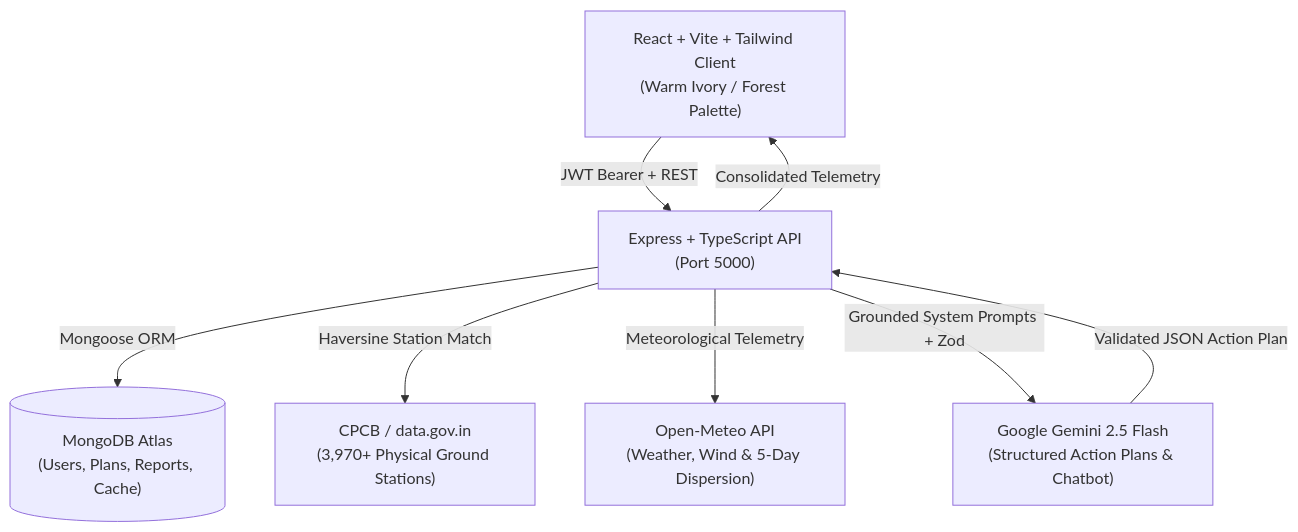
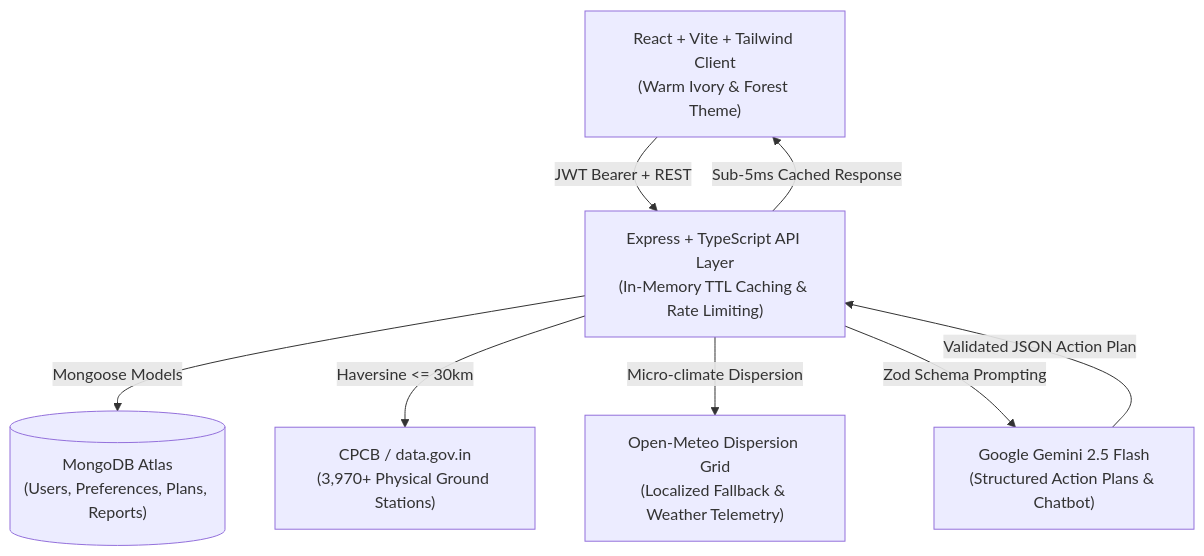
The diagram in README.md (raghavendra-kumar04/BreathWise), drawn with Mermaid before and after one commit. The commit also changed other lines of this file and 18 other files, not shown here.

Commit message:
feat: add persona risk intelligence, automated tests, TTL cache, and competition README

````diff
--- a/README.md
+++ b/README.md
@@ -25,17 +46,17 @@
 ```mermaid
 flowchart TD
-    Client["React + Vite + Tailwind Client\n(Warm Ivory / Forest Palette)"]
-    API["Express + TypeScript API\n(Port 5000)"]
-    DB[("MongoDB Atlas\n(Users, Plans, Reports, Cache)")]
+    Client["React + Vite + Tailwind Client\n(Warm Ivory & Forest Theme)"]
+    API["Express + TypeScript API Layer\n(In-Memory TTL Caching & Rate Limiting)"]
+    DB[("MongoDB Atlas\n(Users, Preferences, Plans, Reports)")]
     CPCB["CPCB / data.gov.in\n(3,970+ Physical Ground Stations)"]
-    Meteo["Open-Meteo API\n(Weather, Wind & 5-Day Dispersion)"]
+    Meteo["Open-Meteo Dispersion Grid\n(Localized Fallback & Weather Telemetry)"]
     Gemini["Google Gemini 2.5 Flash\n(Structured Action Plans & Chatbot)"]
 
     Client -->|JWT Bearer + REST| API
-    API -->|Mongoose ORM| DB
-    API -->|Haversine Station Match| CPCB
-    API -->|Meteorological Telemetry| Meteo
-    API -->|Grounded System Prompts + Zod| Gemini
+    API -->|Mongoose Models| DB
+    API -->|Haversine <= 30km| CPCB
+    API -->|Micro-climate Dispersion| Meteo
+    API -->|Zod Schema Prompting| Gemini
     Gemini -->|Validated JSON Action Plan| API
-    API -->|Consolidated Telemetry| Client
+    API -->|Sub-5ms Cached Response| Client
 ```
````
